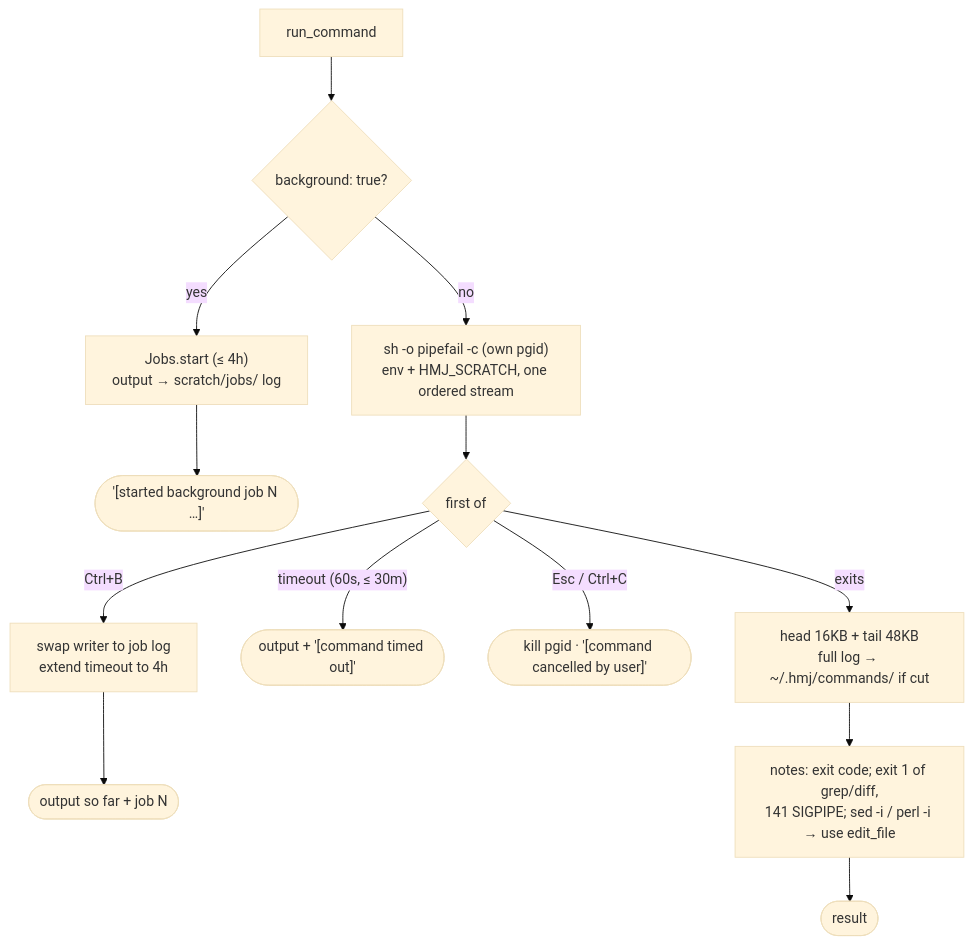
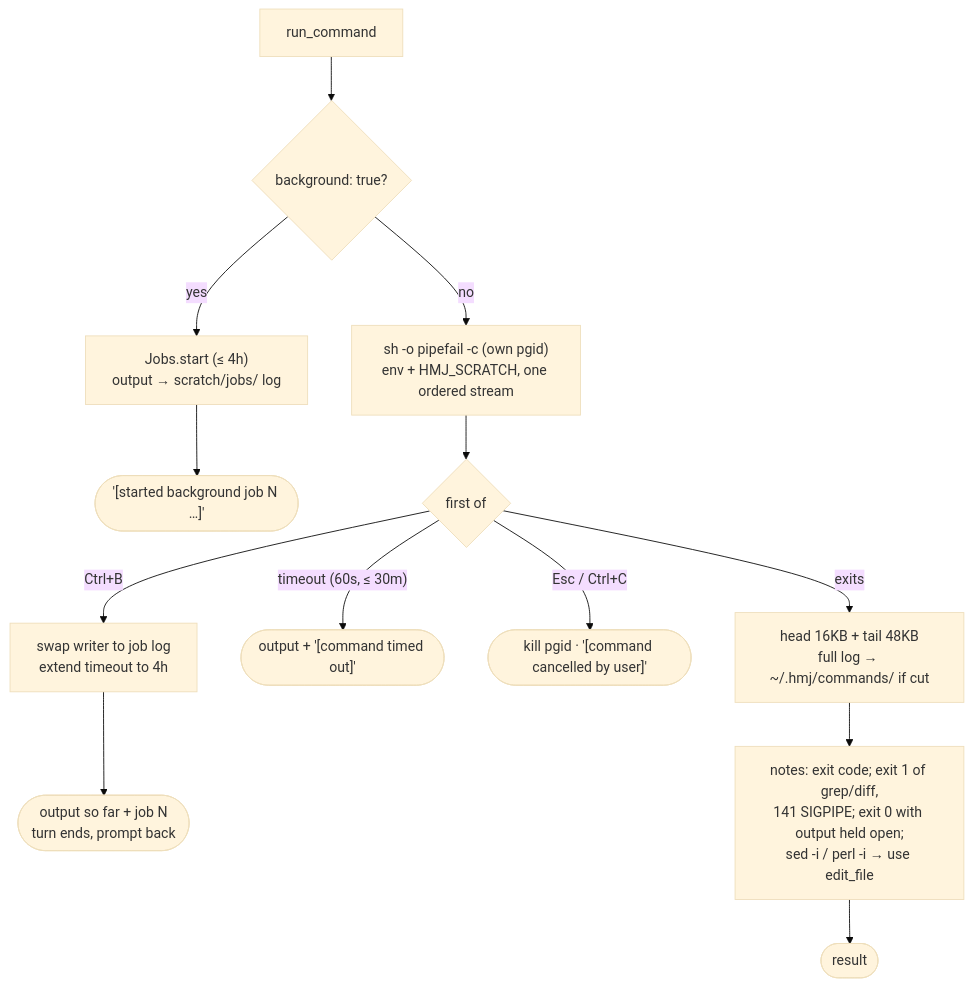
The ninth of 13 diagrams in docs/SPEC.md (himanshu-mahendra-jain/hmj-agent), drawn with Mermaid (base theme) before and after one commit. The commit also changed other lines of this file and 51 other files, not shown here.

````diff
--- a/docs/SPEC.md
+++ b/docs/SPEC.md
@@ -348,13 +349,13 @@
 ```mermaid
 flowchart TD
     A["run_command"] --> B{"background: true?"}
     B -- yes --> BG["Jobs.start (≤ 4h)<br/>output → scratch/jobs/ log"] --> R0(["'[started background job N …]'"])
     B -- no --> C["sh -o pipefail -c (own pgid)<br/>env + HMJ_SCRATCH, one ordered stream"]
     C --> D{"first of"}
     D -- exits --> E["head 16KB + tail 48KB<br/>full log → ~/.hmj/commands/ if cut"]
     D -- "timeout (60s, ≤ 30m)" --> E1(["output + '[command timed out]'"])
     D -- "Esc / Ctrl+C" --> E2(["kill pgid · '[command cancelled by user]'"])
-    D -- Ctrl+B --> MV["swap writer to job log<br/>extend timeout to 4h"] --> R1(["output so far + job N"])
-    E --> F["notes: exit code; exit 1 of grep/diff,<br/>141 SIGPIPE; sed -i / perl -i → use edit_file"]
+    D -- Ctrl+B --> MV["swap writer to job log<br/>extend timeout to 4h"] --> R1(["output so far + job N<br/>turn ends, prompt back"])
+    E --> F["notes: exit code; exit 1 of grep/diff,<br/>141 SIGPIPE; exit 0 with output held open;<br/>sed -i / perl -i → use edit_file"]
     F --> R2([result])
 ```
````
